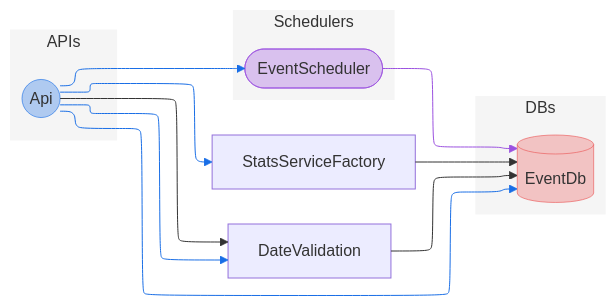
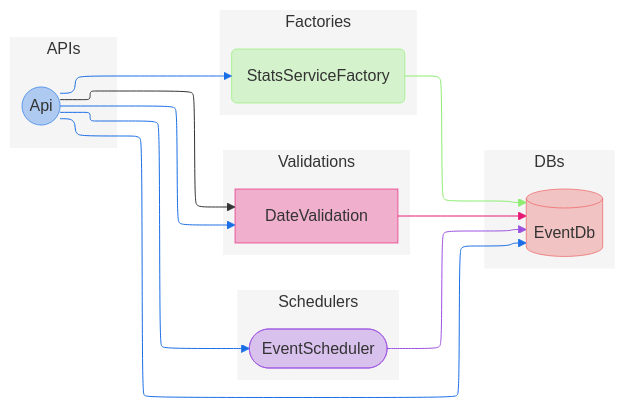
The diagram in examples/aws-schedule-manager/docs/schedule-manager-topology.mmd (sbalmt/ez4), drawn with Mermaid before and after one commit. The commit also changed 236 other files, not shown here.

```diff
--- a/examples/aws-schedule-manager/docs/schedule-manager-topology.mmd
+++ b/examples/aws-schedule-manager/docs/schedule-manager-topology.mmd
@@ -1,40 +1,56 @@
 %% Auto-generated topology diagram, any manual modifications will be lost during regeneration.
 %%{init: { "layout": "elk", "theme": "light" } }%%
 graph LR
-	classDef ez4Api fill:#196ee650, stroke:#196ee6a0;
-	classDef ez4ApiImport fill:#196ee625, stroke:#196ee6a0, stroke-dasharray:5 5;
+	classDef ez4Api fill:#196ee650, stroke:#196ee6a0
+	classDef ez4ApiImport fill:#196ee625, stroke:#196ee6a0, stroke-dasharray:5 5
 	classDef ez4ApiEdge stroke:#196ee6
 	subgraph APIs
 		style APIs fill: #f5f5f5, stroke-width: 0
 		Api@{ shape: circle, label: "Api" }
 		class Api ez4Api
 	end
-	classDef ez4Scheduler fill:#9b51e050, stroke:#9b51e0a0;
+	classDef ez4Scheduler fill:#9b51e050, stroke:#9b51e0a0
 	classDef ez4SchedulerEdge stroke:#9b51e0
-	classDef ez4SchedulerEdge stroke:#9b51e0;
+	classDef ez4SchedulerEdge stroke:#9b51e0
 	subgraph Schedulers
 		style Schedulers fill: #f5f5f5, stroke-width: 0
 		EventScheduler@{ shape: stadium, label: "EventScheduler" }
 		class EventScheduler ez4Scheduler
 	end
-	classDef ez4Database fill:#eb575750, stroke:#eb5757a0;
-	classDef ez4DatabaseEdge stroke:#eb5757;
+	classDef ez4Database fill:#eb575750, stroke:#eb5757a0
+	classDef ez4DatabaseEdge stroke:#eb5757
 	subgraph DBs
 		style DBs fill: #f5f5f5, stroke-width: 0
 		EventDb@{ shape: cyl, label: "EventDb" }
 		class EventDb ez4Database
 	end
-	StatsServiceFactory --> EventDb
+	classDef ez4Validation fill:#e6197550, stroke:#e61975a0
+	classDef ez4ValidationEdge stroke:#e61975
+	subgraph Validations
+		style Validations fill: #f5f5f5, stroke-width: 0
+		DateValidation@{ shape: rect, label: "DateValidation" }
+		class DateValidation ez4Validation
+	end
+	classDef ez4Factory fill:#8ded7050, stroke:#8ded70a0
+	classDef ez4FactoryEdge stroke:#8ded70
+	subgraph Factories
+		style Factories fill: #f5f5f5, stroke-width: 0
+		StatsServiceFactory@{ shape: rounded, label: "StatsServiceFactory" }
+		class StatsServiceFactory ez4Factory
+	end
+	StatsServiceFactory EventDbStatsServiceFactory@--> EventDb
+	DateValidation EventDbDateValidation@--> EventDb
 	Api DateValidationApi@--> DateValidation
 	Api StatsServiceFactoryApi@--> StatsServiceFactory
 	Api EventSchedulerApi@--> EventScheduler
 	Api EventDbApi@--> EventDb
 	Api DateValidationApi@--> DateValidation
 	EventScheduler EventDbEventScheduler@--> EventDb
-	DateValidation --> EventDb
+	class EventDbStatsServiceFactory ez4FactoryEdge
+	class EventDbDateValidation ez4ValidationEdge
 	class DateValidationApi ez4ApiEdge
 	class StatsServiceFactoryApi ez4ApiEdge
 	class EventSchedulerApi ez4ApiEdge
 	class EventDbApi ez4ApiEdge
 	class DateValidationApi ez4ApiEdge
 	class EventDbEventScheduler ez4SchedulerEdge
```
